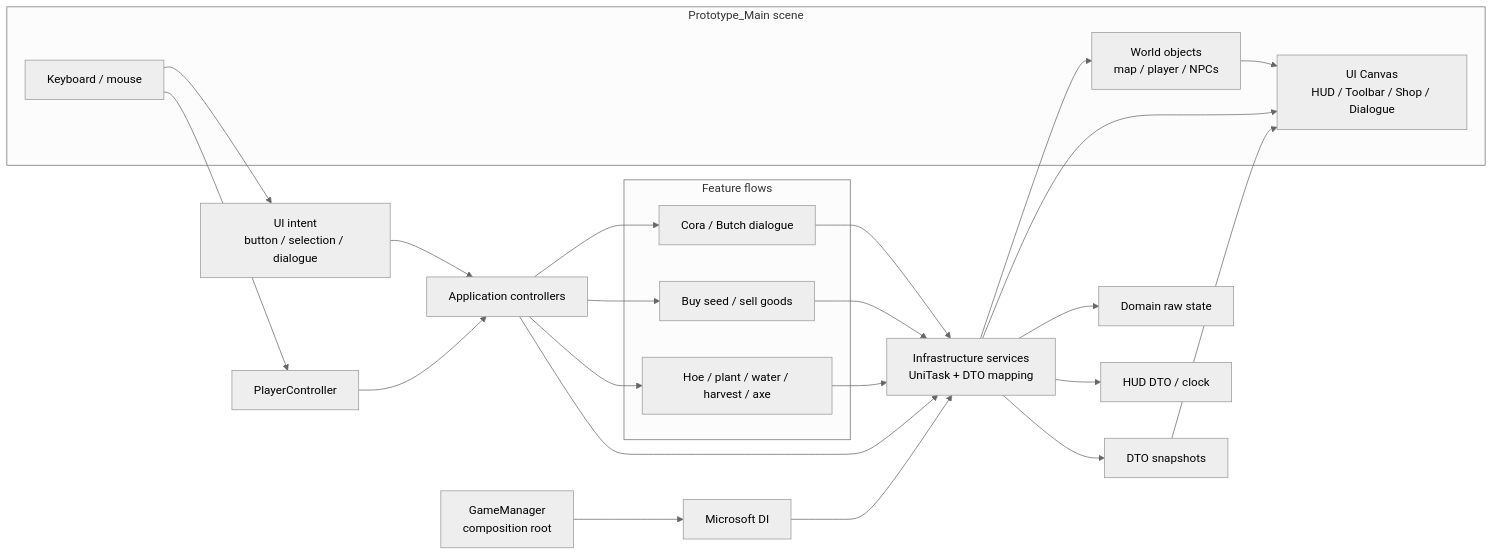
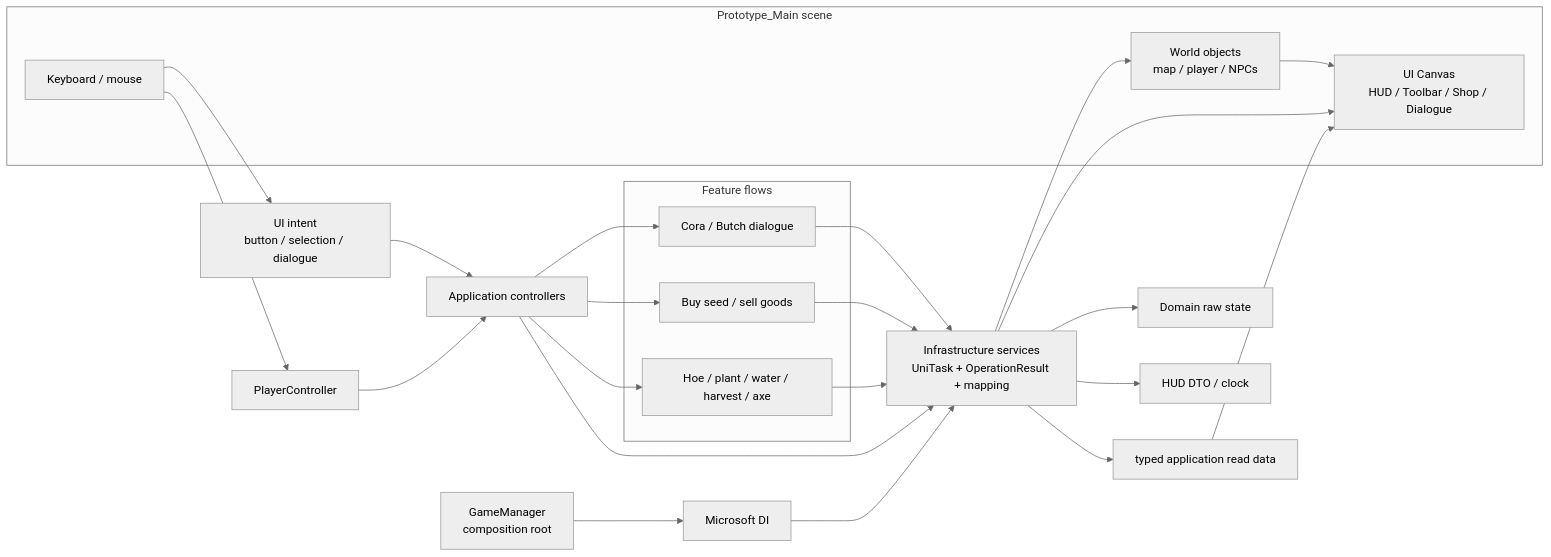
One commit to Phan-Phu/Prorotype_03 changed the first of 4 diagrams in ARCHITECTURE_FLOW.md. Above: the diagram before and after it, drawn with Mermaid (neutral theme). The commit also changed other lines of this file and 13 other files, not shown here.

````diff
--- a/ARCHITECTURE_FLOW.md
+++ b/ARCHITECTURE_FLOW.md
@@ -12,36 +12,36 @@
 ```mermaid
 flowchart LR
     subgraph Scene[Prototype_Main scene]
         Input[Keyboard / mouse]
         Canvas[UI Canvas\nHUD / Toolbar / Shop / Dialogue]
         World[World objects\nmap / player / NPCs]
     end
 
     Bootstrap[GameManager\ncomposition root] --> DI[Microsoft DI]
-    DI --> Infra[Infrastructure services\nUniTask + DTO mapping]
+    DI --> Infra[Infrastructure services\nUniTask + OperationResult + mapping]
     Infra --> State[Domain raw state]
 
     Input --> Player[PlayerController]
     Input --> UIIntent[UI intent\nbutton / selection / dialogue]
     Player --> Actions[Application controllers]
     UIIntent --> Actions
     Actions --> Infra
-    Infra --> Query[DTO snapshots]
+    Infra --> Query[typed application read data]
     Infra --> World
     Infra --> HUD[HUD DTO / clock]
     Query --> Canvas
     Infra --> Canvas
     World --> Canvas
 
     subgraph Features[Feature flows]
         Farm[Hoe / plant / water / harvest / axe]
         Economy[Buy seed / sell goods]
         NPC[Cora / Butch dialogue]
     end
     Actions --> Farm
     Actions --> Economy
     Actions --> NPC
     Farm --> Infra
     Economy --> Infra
     NPC --> Infra
 ```
````
